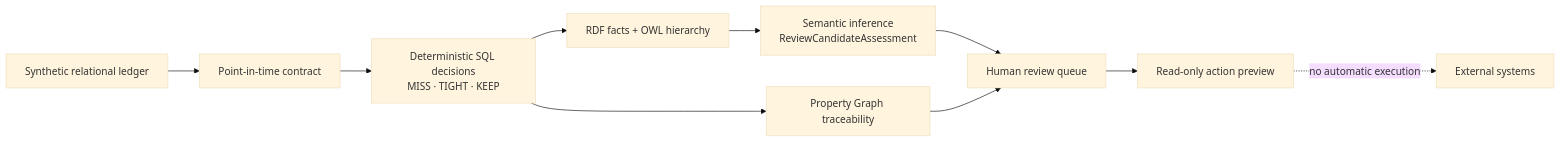
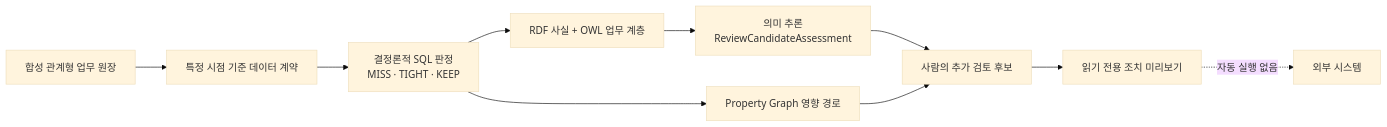
Before and after one commit to minjimkim/maritime-actionable-ontology-demo: the diagram in README.md, drawn with Mermaid (base theme). The commit also changed other lines of this file and 7 other files, not shown here.

````diff
--- a/README.md
+++ b/README.md
@@ -19,12 +32,12 @@
 ```mermaid
 flowchart LR
-  R["Synthetic relational ledger"] --> P["Point-in-time contract"]
-  P --> D["Deterministic SQL decisions<br/>MISS · TIGHT · KEEP"]
-  D --> S["RDF facts + OWL hierarchy"]
-  S --> I["Semantic inference<br/>ReviewCandidateAssessment"]
-  D --> G["Property Graph traceability"]
-  I --> H["Human review queue"]
+  R["합성 관계형 업무 원장"] --> P["특정 시점 기준 데이터 계약"]
+  P --> D["결정론적 SQL 판정<br/>MISS · TIGHT · KEEP"]
+  D --> S["RDF 사실 + OWL 업무 계층"]
+  S --> I["의미 추론<br/>ReviewCandidateAssessment"]
+  D --> G["Property Graph 영향 경로"]
+  I --> H["사람의 추가 검토 후보"]
   G --> H
-  H --> A["Read-only action preview"]
-  A -. "no automatic execution" .-> X["External systems"]
+  H --> A["읽기 전용 조치 미리보기"]
+  A -. "자동 실행 없음" .-> X["외부 시스템"]
 ```
````
